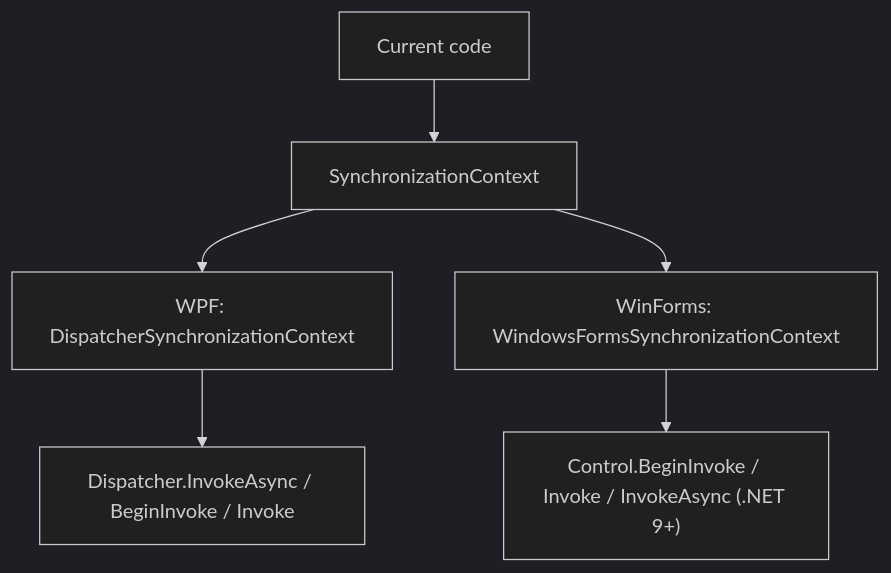
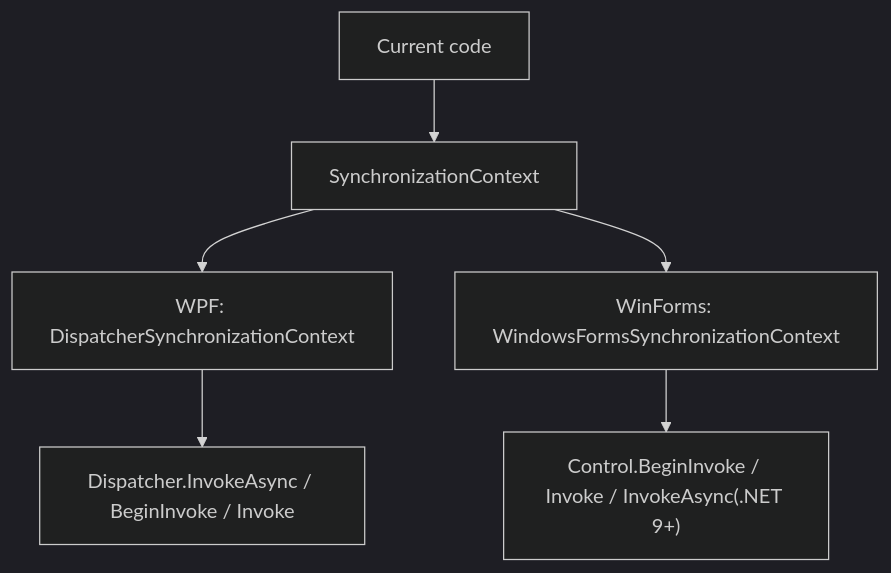
The third of 8 diagrams in _posts/2026-03-12-000-wpf-winforms-ui-thread-async-await-one-sheet-en.md (gomurin0428/KomuraSoftWeb), drawn with Mermaid (dark theme) before and after one commit. The commit also changed other lines of this file and 3 other files, not shown here.

````diff
--- a/_posts/2026-03-12-000-wpf-winforms-ui-thread-async-await-one-sheet-en.md
+++ b/_posts/2026-03-12-000-wpf-winforms-ui-thread-async-await-one-sheet-en.md
@@ -186,9 +185,9 @@
 ```mermaid
 flowchart TD
     A["Current code"] --> B["SynchronizationContext"]
     B --> C["WPF: DispatcherSynchronizationContext"]
     B --> D["WinForms: WindowsFormsSynchronizationContext"]
 
     C --> E["Dispatcher.InvokeAsync / BeginInvoke / Invoke"]
-    D --> F["Control.BeginInvoke / Invoke / InvokeAsync (.NET 9+)"]
+    D --> F["Control.BeginInvoke / Invoke / InvokeAsync(.NET 9+)"]
 ```
````
